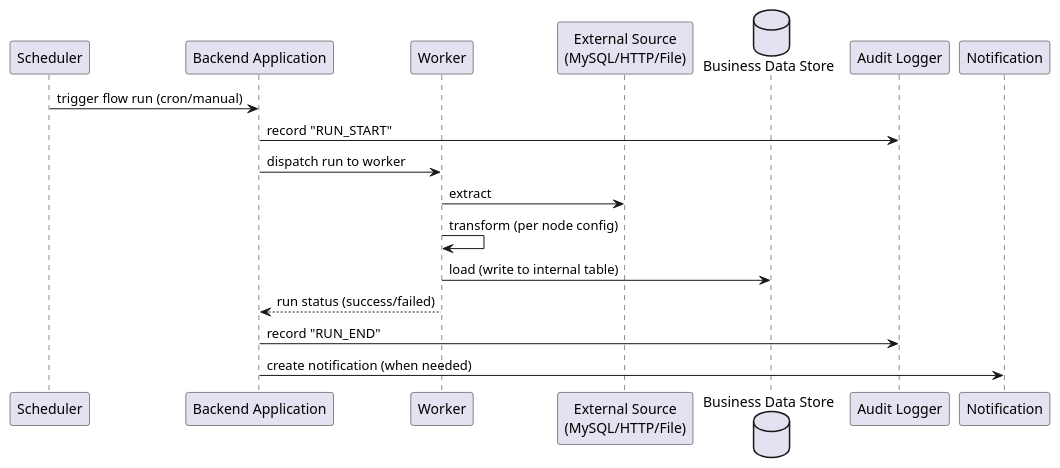
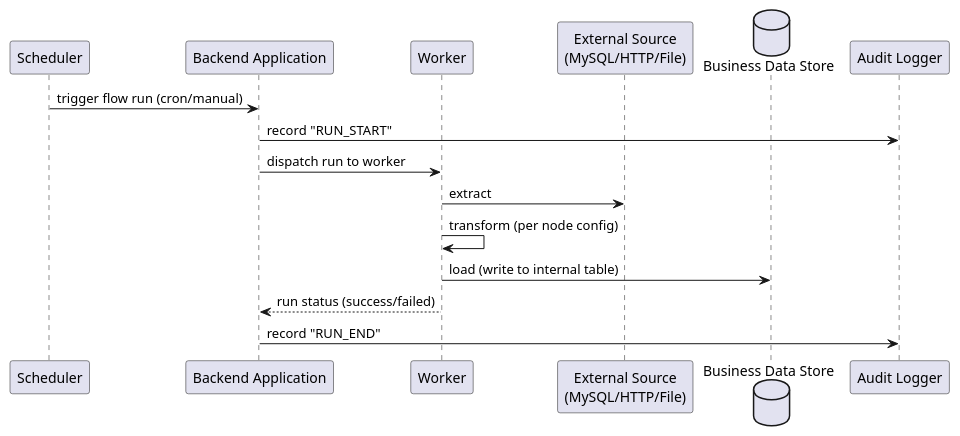
One commit to FangZiyong/grass changed the fourth of 29 diagrams in docs/tech copy.md. Above: the diagram before and after it, drawn with PlantUML. The commit also changed other lines of this file and 29 other files, not shown here.

````diff
--- a/docs/tech copy.md
+++ b/docs/tech copy.md
@@ -191,23 +199,21 @@
 ```plantuml
 @startuml
 participant "Scheduler" as SCH
 participant "Backend Application" as APP
 participant "Worker" as WK
 participant "External Source\n(MySQL/HTTP/File)" as EXT
 database "Business Data Store" as DATA
 participant "Audit Logger" as AUD
-participant "Notification" as NTF
 
 SCH -> APP : trigger flow run (cron/manual)
 APP -> AUD : record "RUN_START"
 APP -> WK : dispatch run to worker
 
 WK -> EXT : extract
 WK -> WK : transform (per node config)
 WK -> DATA : load (write to internal table)
 WK --> APP : run status (success/failed)
 
 APP -> AUD : record "RUN_END"
-APP -> NTF : create notification (when needed)
 @enduml
 ```
````
